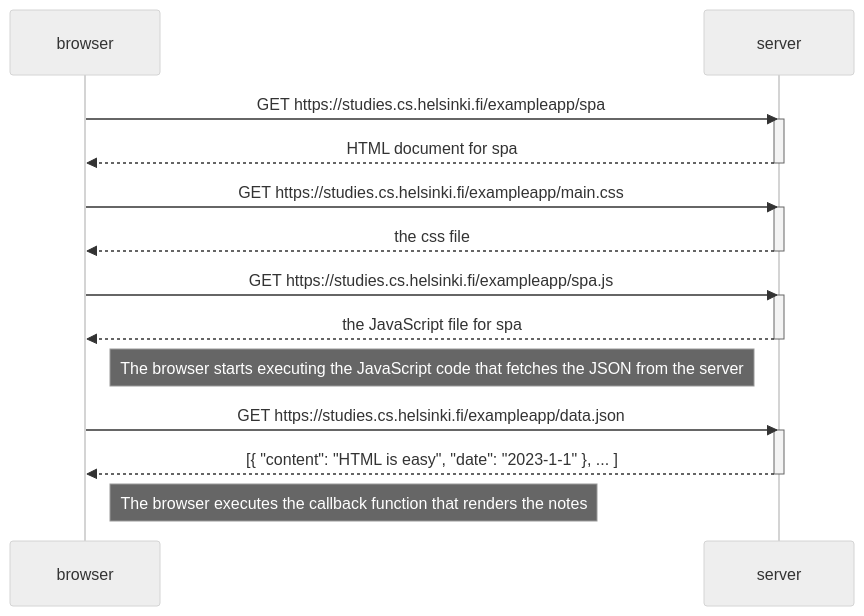
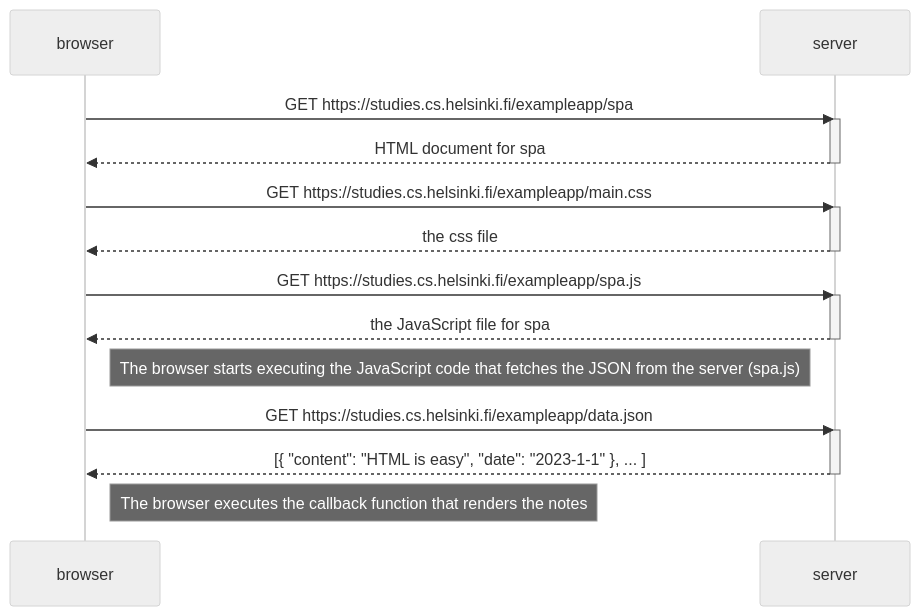
One commit to Tobi-MX/fullStackOpen_Exercises changed the diagram in part0/Exercise_0.5.md. Above: the diagram before and after it, drawn with Mermaid (neutral theme).

Commit message:
specific update on Exercise_0.5.md

````diff
--- a/part0/Exercise_0.5.md
+++ b/part0/Exercise_0.5.md
@@ -1,29 +1,29 @@
 ``` mermaid
 sequenceDiagram
     participant browser
     participant server
 
     browser->>server: GET https://studies.cs.helsinki.fi/exampleapp/spa
     activate server
     server-->>browser: HTML document for spa
     deactivate server
 
     browser->>server: GET https://studies.cs.helsinki.fi/exampleapp/main.css
     activate server
     server-->>browser: the css file
     deactivate server
 
     browser->>server: GET https://studies.cs.helsinki.fi/exampleapp/spa.js
     activate server
     server-->>browser: the JavaScript file for spa
     deactivate server
 
-    Note right of browser: The browser starts executing the JavaScript code that fetches the JSON from the server
+    Note right of browser: The browser starts executing the JavaScript code that fetches the JSON from the server (spa.js)
 
     browser->>server: GET https://studies.cs.helsinki.fi/exampleapp/data.json
     activate server
     server-->>browser: [{ "content": "HTML is easy", "date": "2023-1-1" }, ... ]
     deactivate server
 
     Note right of browser: The browser executes the callback function that renders the notes
 ```
````
